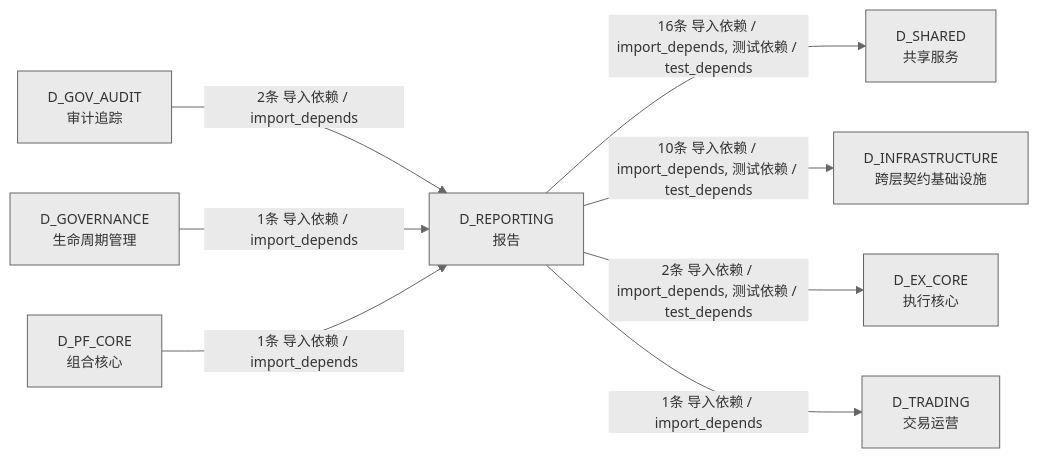
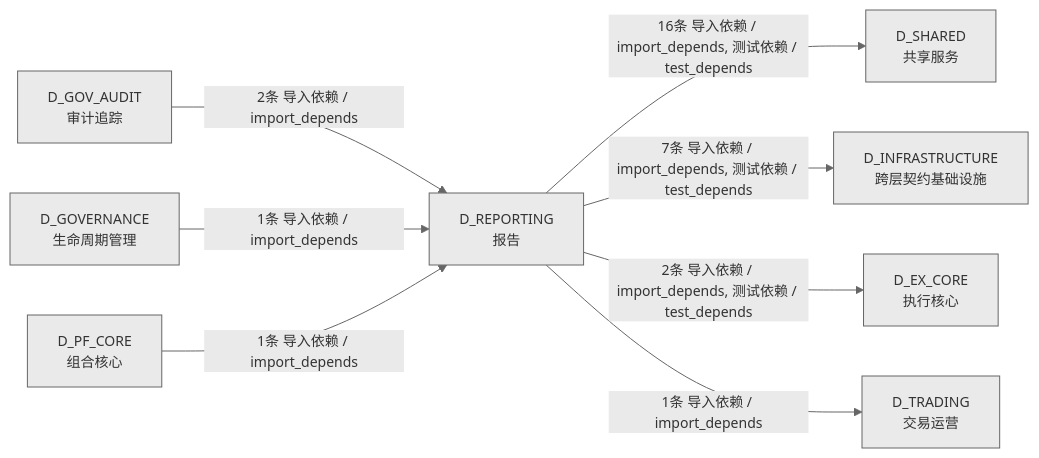
Before and after one commit to xuanFelixVan/ZephyrAlpha: the fourth of 4 diagrams in docs/02_enterprise_architecture/02_domain_architecture_docs/26_d_reporting.md, drawn with Mermaid. The commit also changed other lines of this file and 45 other files, not shown here.

````diff
--- a/docs/02_enterprise_architecture/02_domain_architecture_docs/26_d_reporting.md
+++ b/docs/02_enterprise_architecture/02_domain_architecture_docs/26_d_reporting.md
@@ -274,19 +269,19 @@
 ```mermaid
 %%{init: {'theme': 'base', 'themeVariables': {'primaryColor': '#eaeaea', 'primaryTextColor': '#333333', 'primaryBorderColor': '#666666', 'lineColor': '#666666', 'secondaryColor': '#eaeaea', 'tertiaryColor': '#eaeaea', 'fontSize': '14px'}}}%%
 graph LR
     D_REPORTING["D_REPORTING<br/>报告"]
     D_SHARED["D_SHARED<br/>共享服务"]
     D_INFRASTRUCTURE["D_INFRASTRUCTURE<br/>跨层契约基础设施"]
     D_EX_CORE["D_EX_CORE<br/>执行核心"]
     D_TRADING["D_TRADING<br/>交易运营"]
     D_GOV_AUDIT["D_GOV_AUDIT<br/>审计追踪"]
     D_GOVERNANCE["D_GOVERNANCE<br/>生命周期管理"]
     D_PF_CORE["D_PF_CORE<br/>组合核心"]
     D_REPORTING -->|16条 导入依赖 / import_depends, 测试依赖 / test_depends| D_SHARED
-    D_REPORTING -->|10条 导入依赖 / import_depends, 测试依赖 / test_depends| D_INFRASTRUCTURE
+    D_REPORTING -->|7条 导入依赖 / import_depends, 测试依赖 / test_depends| D_INFRASTRUCTURE
     D_REPORTING -->|2条 导入依赖 / import_depends, 测试依赖 / test_depends| D_EX_CORE
     D_REPORTING -->|1条 导入依赖 / import_depends| D_TRADING
     D_GOV_AUDIT -->|2条 导入依赖 / import_depends| D_REPORTING
     D_GOVERNANCE -->|1条 导入依赖 / import_depends| D_REPORTING
     D_PF_CORE -->|1条 导入依赖 / import_depends| D_REPORTING
 ```
````
